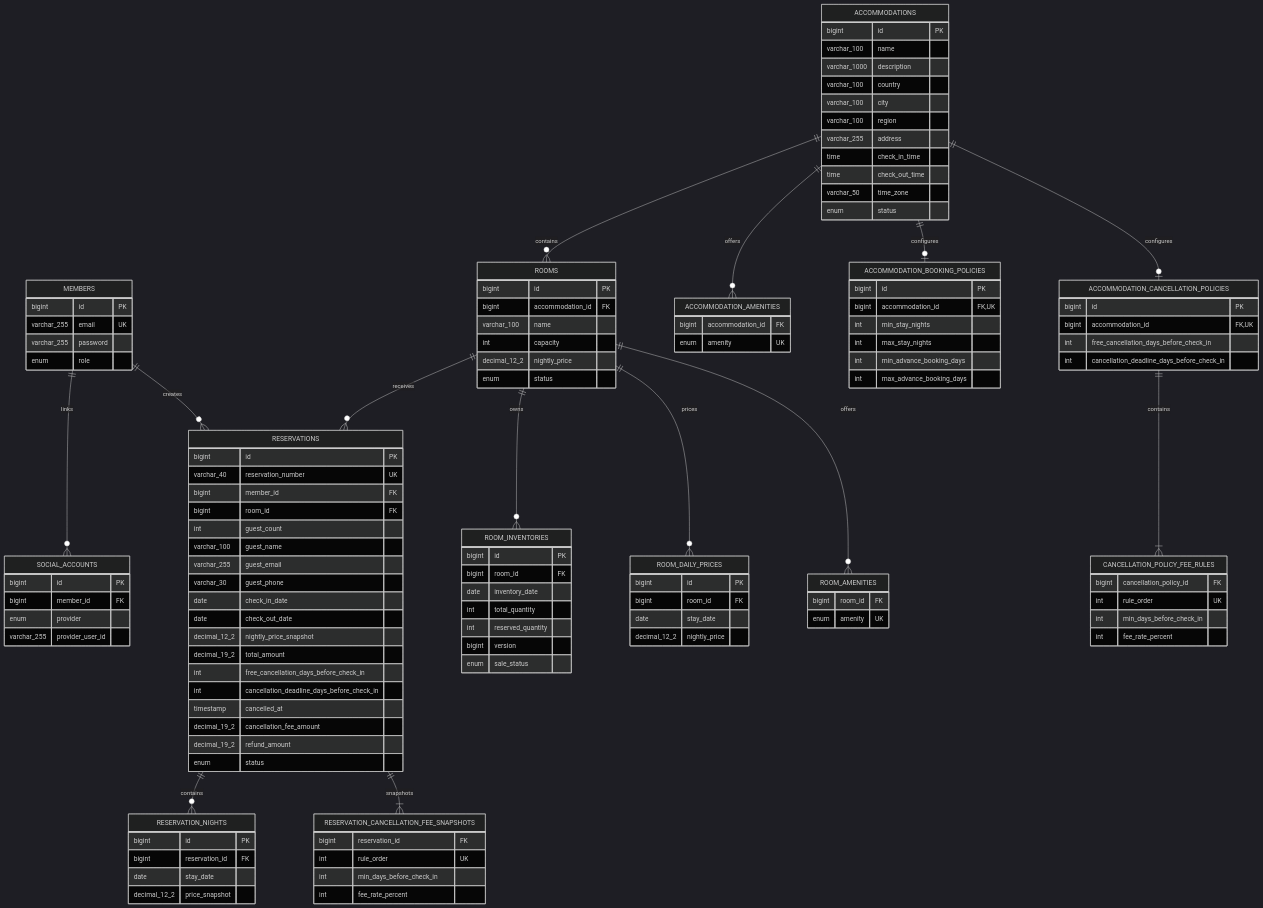
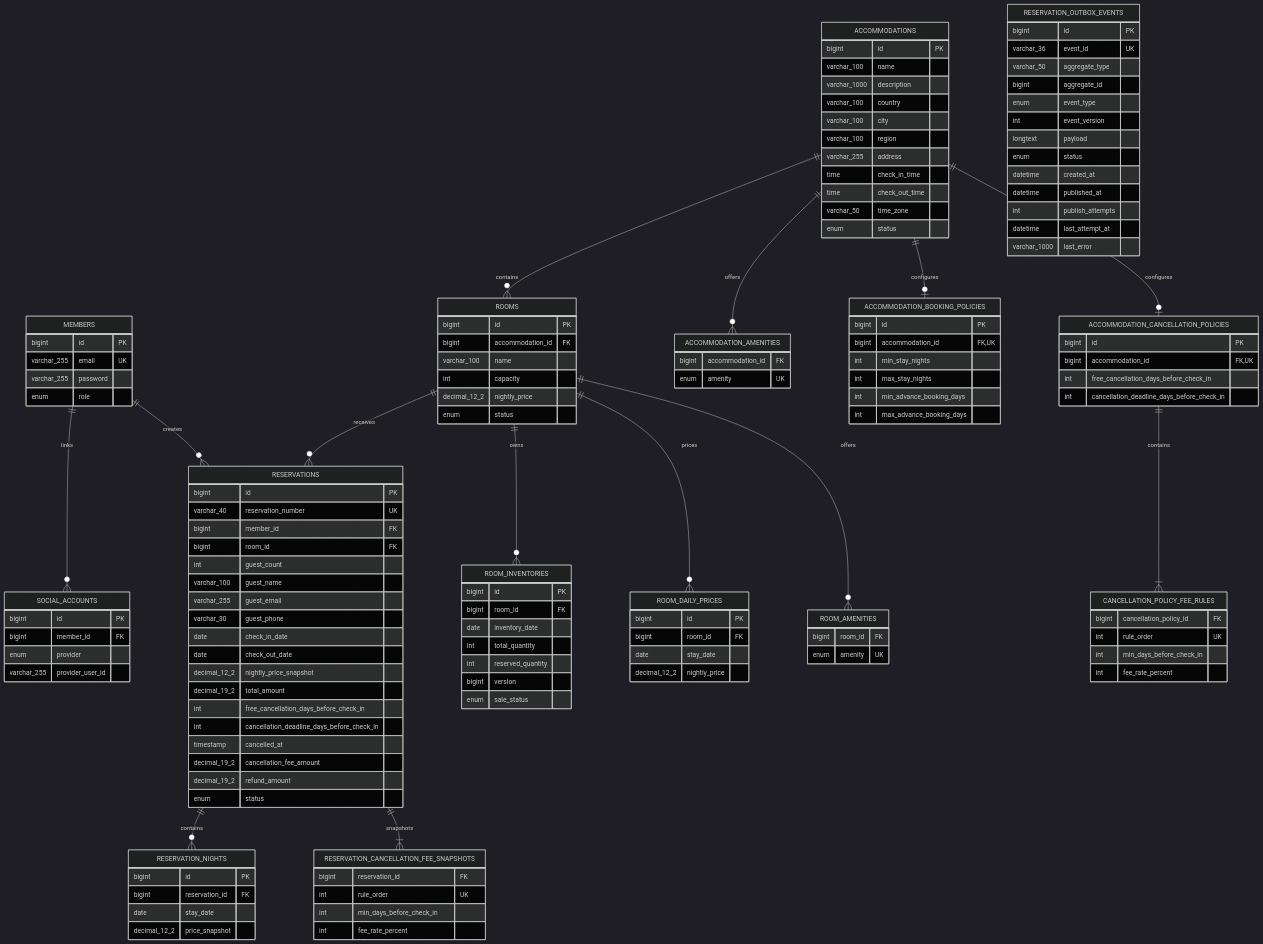
One commit to K4RF/reservation-platform changed the diagram in docs/erd/database-schema.md. Above: the diagram before and after it, drawn with Mermaid (dark theme). The commit also changed other lines of this file and 3 other files, not shown here.

```diff
--- a/docs/erd/database-schema.md
+++ b/docs/erd/database-schema.md
@@ -34,6 +34,22 @@
         bigint member_id FK
         enum provider
         varchar_255 provider_user_id
+    }
+
+    RESERVATION_OUTBOX_EVENTS {
+        bigint id PK
+        varchar_36 event_id UK
+        varchar_50 aggregate_type
+        bigint aggregate_id
+        enum event_type
+        int event_version
+        longtext payload
+        enum status
+        datetime created_at
+        datetime published_at
+        int publish_attempts
+        datetime last_attempt_at
+        varchar_1000 last_error
     }
 
     ACCOMMODATIONS {
```
